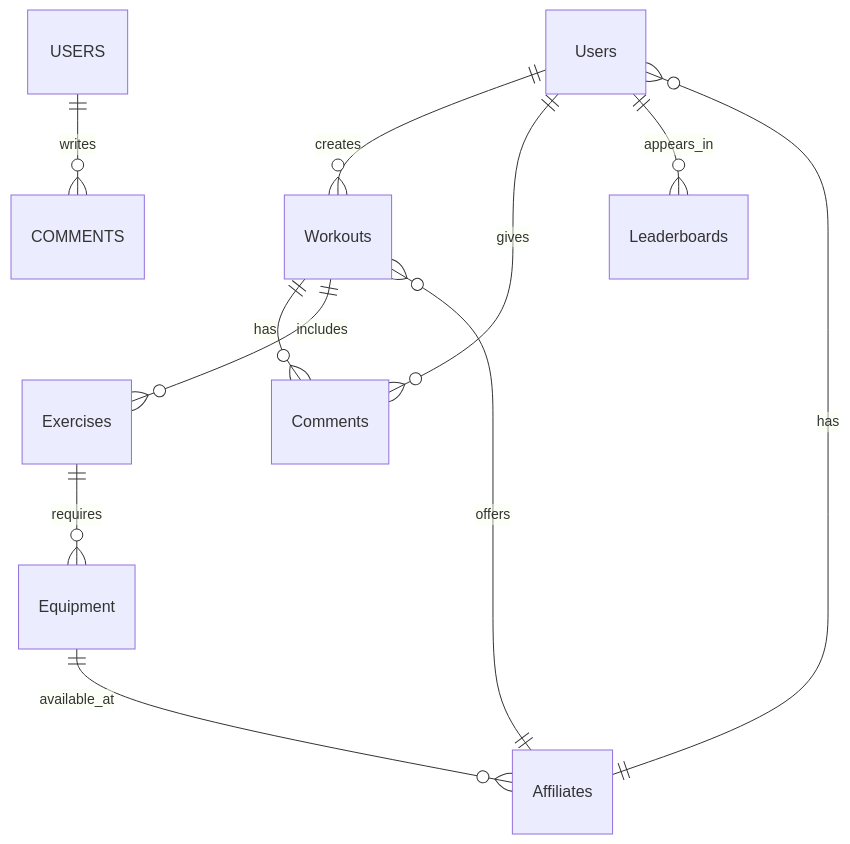
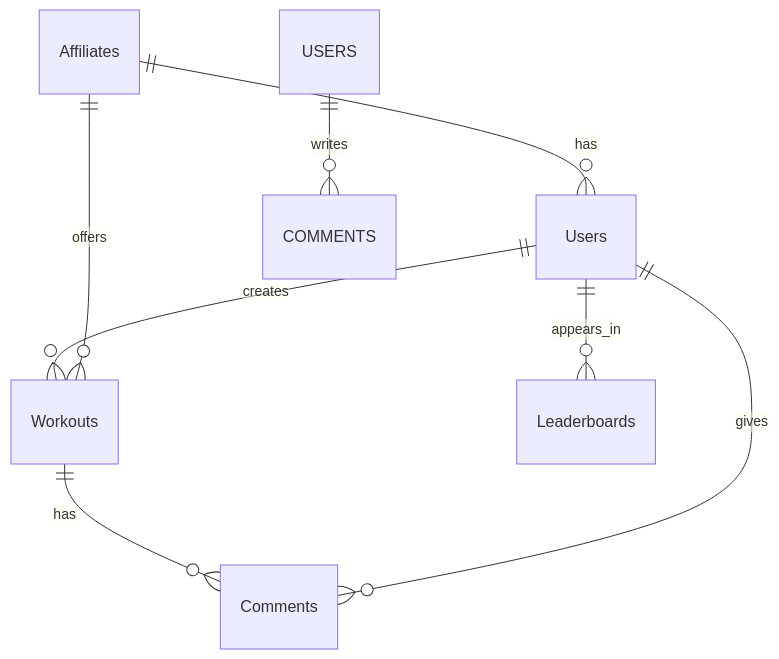
One commit to ShaneMillar96/FitBuddy changed the first of 2 diagrams in README.md. Above: the diagram before and after it, drawn with Mermaid. The commit also changed other lines of this file, not shown here.

````diff
--- a/README.md
+++ b/README.md
@@ -47,14 +47,11 @@
 ```mermaid
 %%{init: {'theme':'default'}}%%
 erDiagram
     Users ||--o{ Workouts : creates
     Affiliates ||--o{ Users : has
     Affiliates ||--o{ Workouts : offers
     Workouts ||--o{ Comments : has
     USERS ||--o{ COMMENTS : writes
-    Workouts ||--o{ Exercises : includes
-    Exercises ||--o{ Equipment : requires
-    Equipment ||--o{ Affiliates : available_at
     Users ||--o{ Comments : gives
     Users ||--o{ Leaderboards : appears_in
 ```
````
